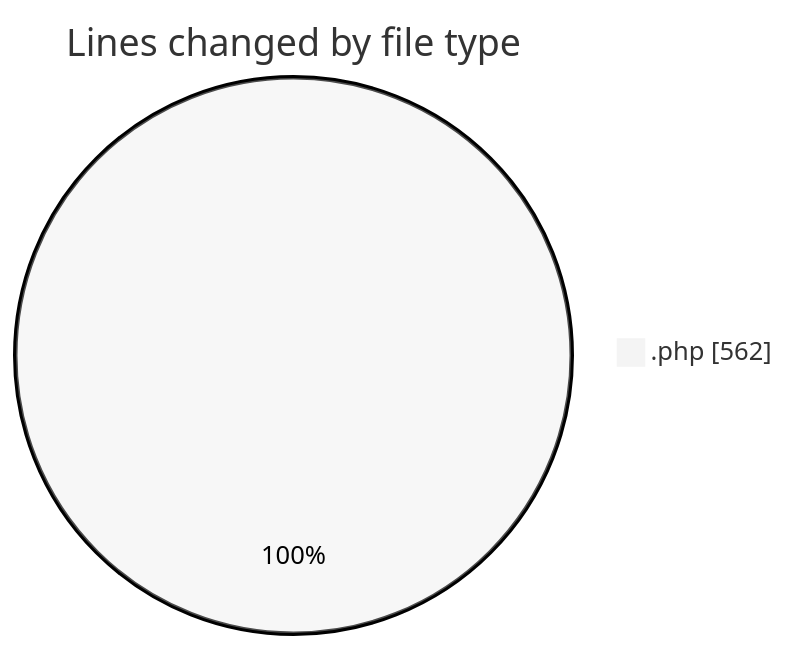
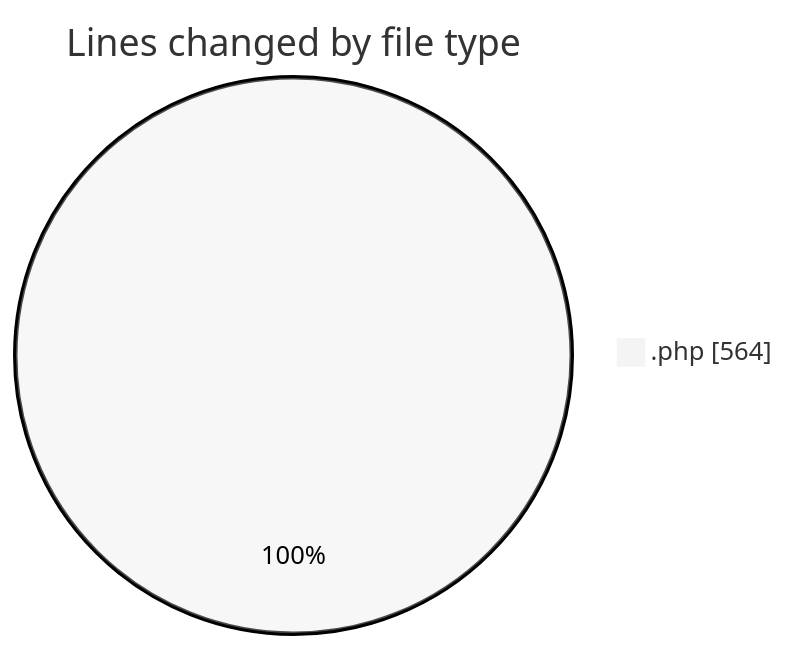
One commit to LanceThiago/code-tracking changed the first of 2 diagrams in 2026-06-19/oficina/README.md. Above: the diagram before and after it, drawn with Mermaid (neutral theme). The commit also changed other lines of this file and 1 other file, not shown here.

````diff
--- a/2026-06-19/oficina/README.md
+++ b/2026-06-19/oficina/README.md
@@ -21,5 +21,5 @@
 ```mermaid
 pie showData
 title Lines changed by file type
-".php" : 562
+".php" : 564
 ```
````
